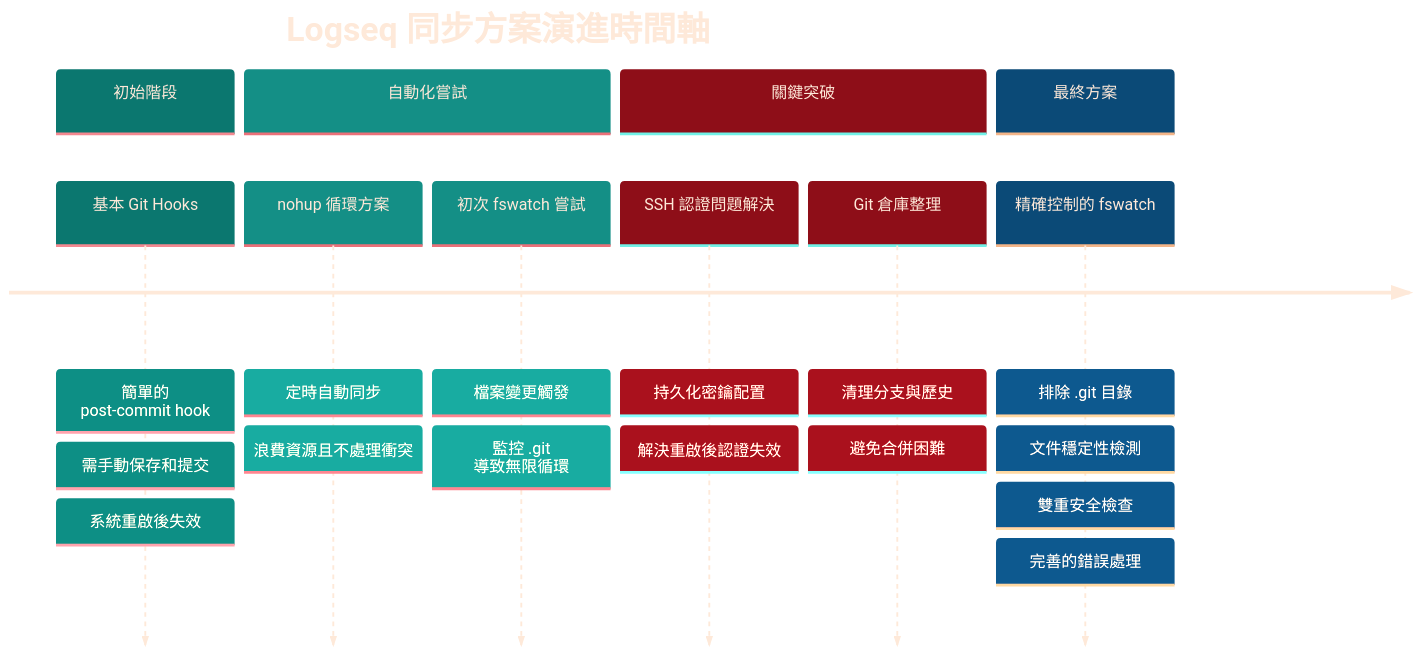
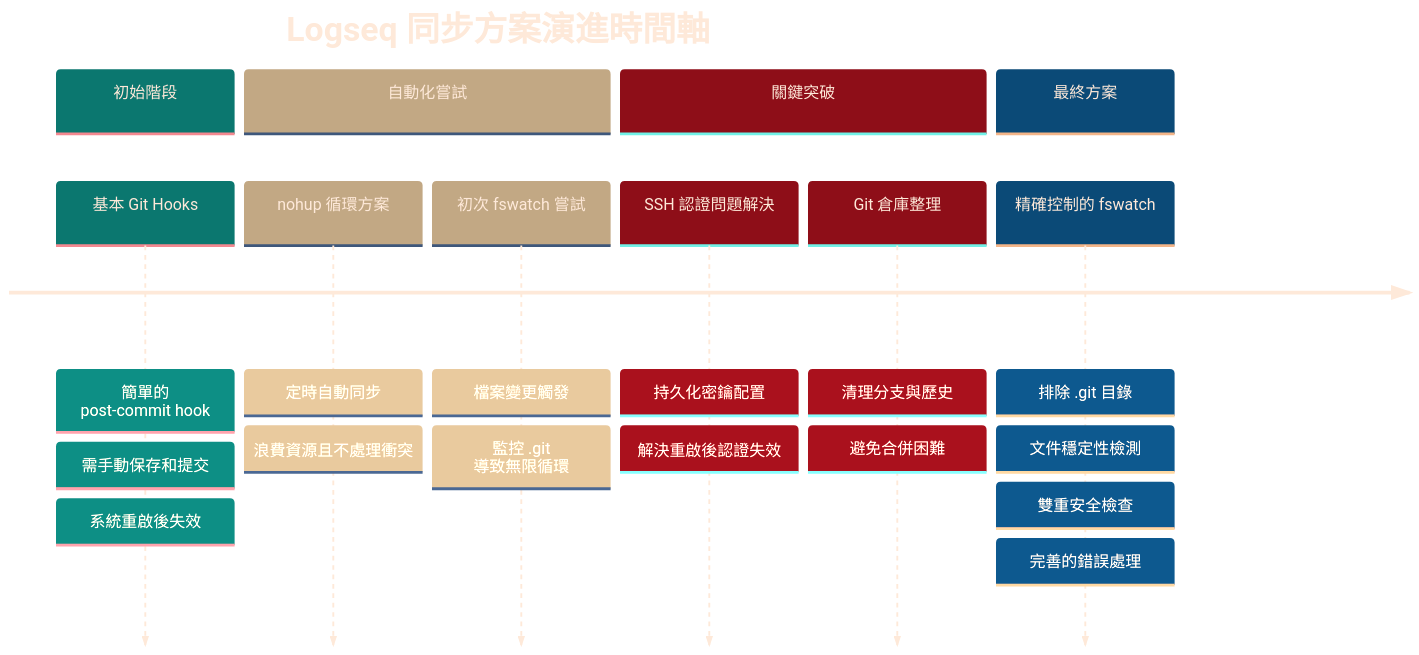
Before and after one commit to GengGeng026/Sync-Logseq: the first of 2 diagrams in Logseq同步方案演進記錄.md, drawn with Mermaid.

Commit message:
Auto-sync: Wed Mar 26 09:58:19 +08 2025

````diff
--- a/Logseq同步方案演進記錄.md
+++ b/Logseq同步方案演進記錄.md
@@ -24,37 +24,37 @@
 ```mermaid
 %%{init: {
   'theme': 'base', 
   'themeVariables': {
     'primaryTextColor': '#FEE9D9',
     'primaryColor': '#19E9D9',
-    'secondaryColor': '#3EE4D9',
+    'secondaryColor': '#ECE4D9',
     'primaryBorderColor': '#A9D9D9',
     'background': 'transparent',
     'clusterBkg': 'transparent',
     'fontFamily': 'default',
     'fontSize': '17px',
     'fontWeight': 'normal'
   }
 }}%%
 timeline
     title Logseq 同步方案演進時間軸
     section 初始階段
         基本 Git Hooks : 簡單的 post-commit hook
         : 需手動保存和提交
         : 系統重啟後失效
     section 自動化嘗試
         nohup 循環方案 : 定時自動同步
         : 浪費資源且不處理衝突
         初次 fswatch 嘗試 : 檔案變更觸發
         : 監控 .git 導致無限循環
     section 關鍵突破
         SSH 認證問題解決 : 持久化密鑰配置
         : 解決重啟後認證失效
         Git 倉庫整理 : 清理分支與歷史
         : 避免合併困難
     section 最終方案
         精確控制的 fswatch : 排除 .git 目錄
         : 文件穩定性檢測
         : 雙重安全檢查
         : 完善的錯誤處理
 ```
````
